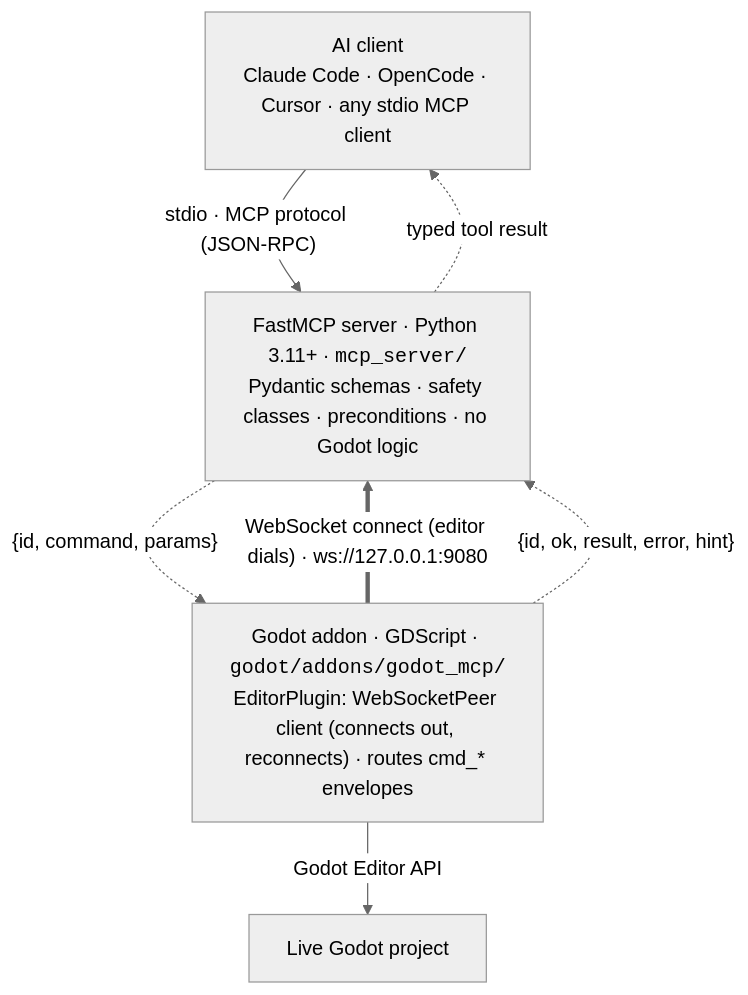
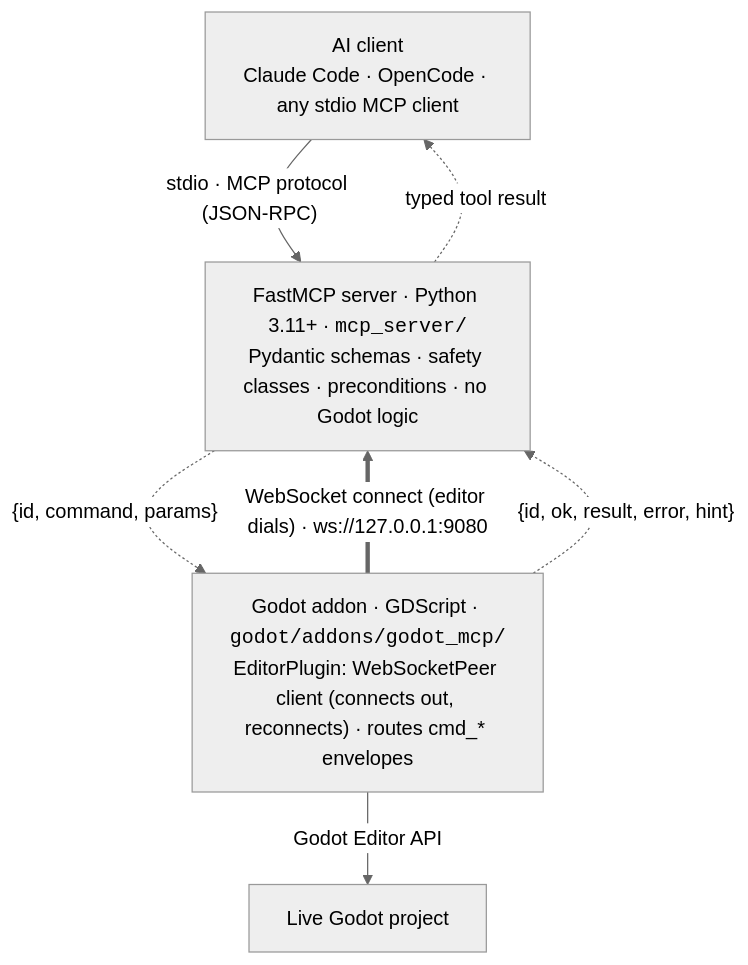
The first of 2 diagrams in README.md (MuhamadBarzani/godot-mcp), drawn with Mermaid (neutral theme) before and after one commit.

Commit message:
docs: move Architecture to end of README (consumer-first ordering)

````diff
--- a/README.md
+++ b/README.md
@@ -57,13 +685,13 @@
 ```mermaid
 flowchart TD
-    AI["AI client<br/>Claude Code · OpenCode · Cursor · any stdio MCP client"]
+    AI["AI client<br/>Claude Code · OpenCode · any stdio MCP client"]
     SRV["FastMCP server · Python 3.11+ · <code>mcp_server/</code><br/>Pydantic schemas · safety classes · preconditions · no Godot logic"]
     ADDON["Godot addon · GDScript · <code>godot/addons/godot_mcp/</code><br/>EditorPlugin: WebSocketPeer client (connects out, reconnects) · routes cmd_* envelopes"]
     PROJ["Live Godot project"]
     AI -->|"stdio · MCP protocol (JSON-RPC)"| SRV
     ADDON ==>|"WebSocket connect (editor dials) · ws://127.0.0.1:9080"| SRV
     SRV -.->|"{id, command, params}"| ADDON
     ADDON -->|"Godot Editor API"| PROJ
     ADDON -.->|"{id, ok, result, error, hint}"| SRV
     SRV -.->|"typed tool result"| AI
 ```
````
